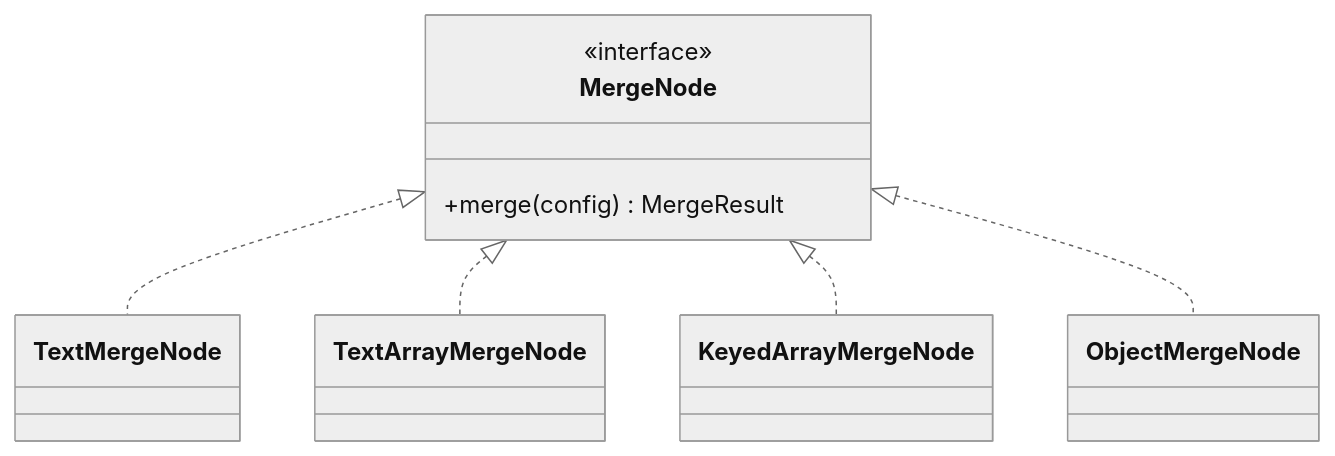
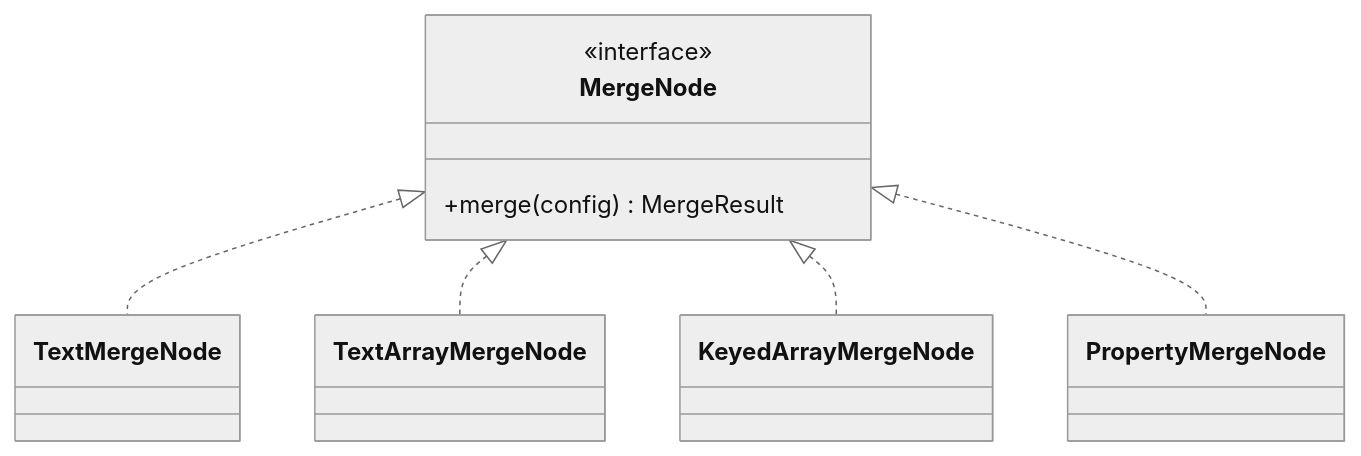
Before and after one commit to scolladon/sf-git-merge-driver: the second of 6 diagrams in DESIGN.md, drawn with Mermaid (neutral theme). The commit also changed other lines of this file and 58 other files, not shown here.

````diff
--- a/DESIGN.md
+++ b/DESIGN.md
@@ -46,12 +46,12 @@
 ```mermaid
 classDiagram
     class MergeNode {
         <<interface>>
         +merge(config) MergeResult
     }
 
     MergeNode <|.. TextMergeNode
     MergeNode <|.. TextArrayMergeNode
     MergeNode <|.. KeyedArrayMergeNode
-    MergeNode <|.. ObjectMergeNode
+    MergeNode <|.. PropertyMergeNode
 ```
````
